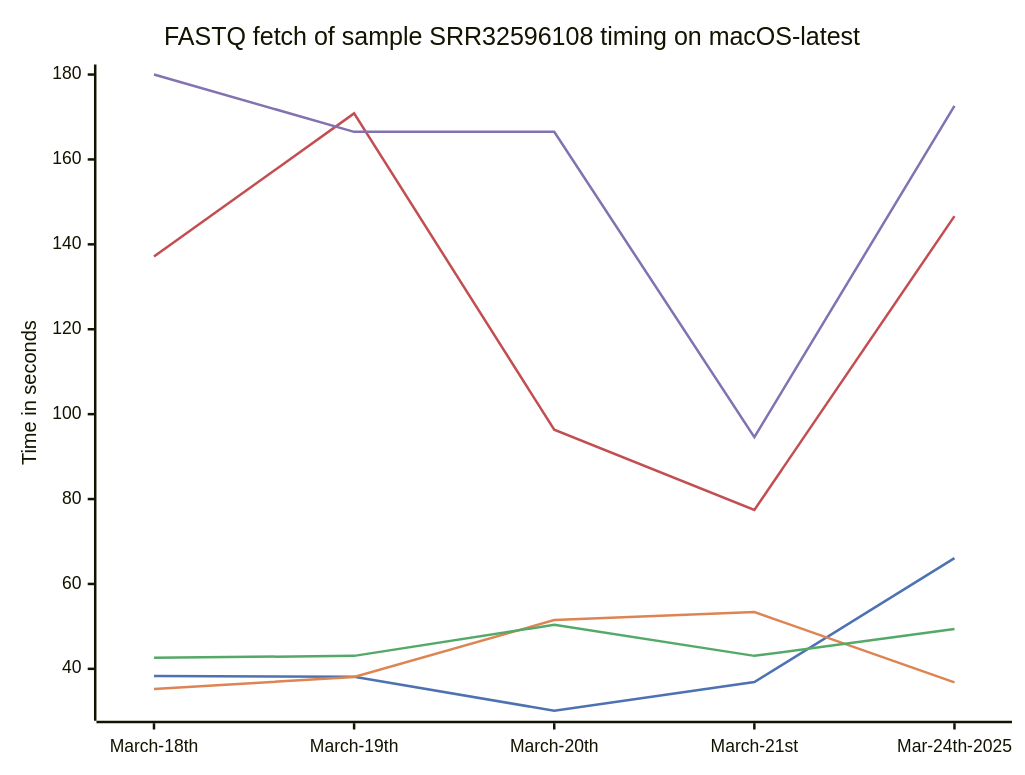
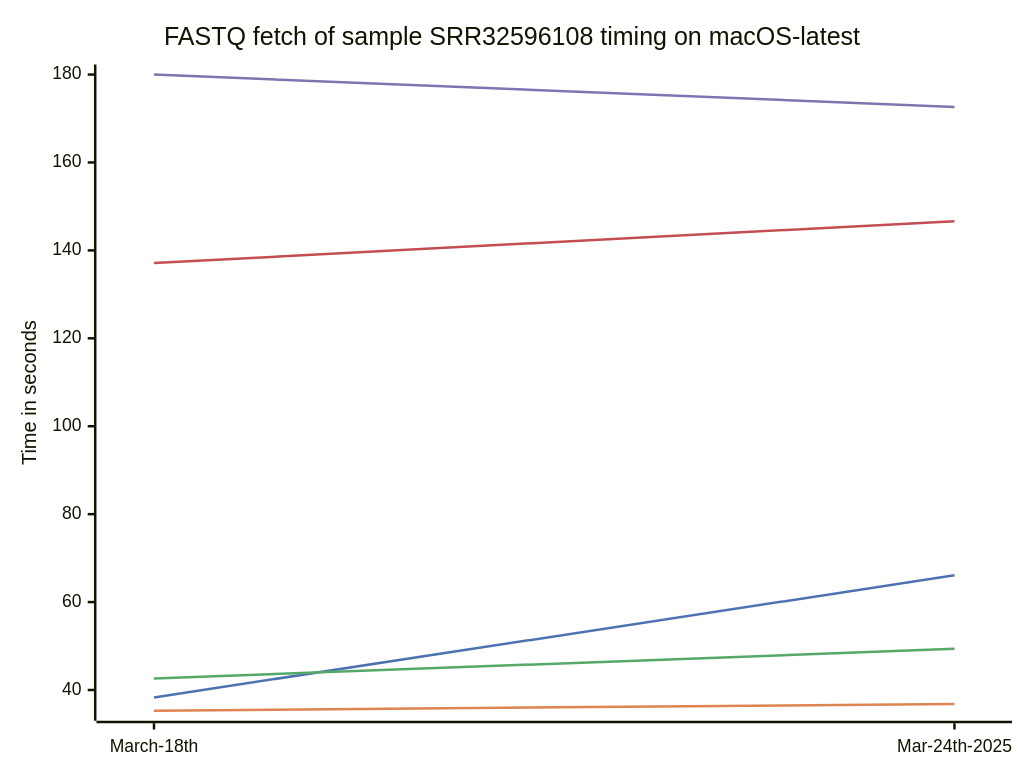
Before and after one commit to biermanr/Download_SRA_FASTQ_Benchmarks: the diagram in README.md, drawn with Mermaid. The commit also changed other lines of this file and 1 other file, not shown here.

Commit message:
feat: Change gha chron monthly, final graph check

````diff
--- a/README.md
+++ b/README.md
@@ -12,20 +12,20 @@
 ```mermaid
 ---
 config:
     xyChart:
         width: 800
         height: 600
     themeVariables:
         xyChart:
             plotColorPalette: "#4d72b1,#dd8452,#54a968,#c34e52,#8272b2"
 ---
 xychart-beta
     title "FASTQ fetch of sample SRR32596108 timing on macOS-latest"
-    x-axis [ March-18th, March-19th, March-20th, March-21st, Mar-24th-2025 ]
+    x-axis [ March-18th, Mar-24th-2025 ]
     y-axis "Time in seconds"
-    line "aria2c_EBI_data" [ 38.31 , 38.14 , 30.13 , 36.88, 66.08 ]
-    line "prefetch_fasterq-dump_data" [ 35.28, 38.07, 51.50, 53.38, 36.82 ]
-    line "aws_fasterq-dump_data" [ 42.61, 43.06, 50.37, 43.06, 49.37 ]
-    line "fasterq-dump_only_data" [ 137.12, 170.85, 96.33, 77.43, 146.65 ]
-    line "fastq-dump_only_data" [ 180.01 , 166.50 , 166.53 , 94.58, 172.61 ]
+    line "aria2c_EBI_data" [ 38.31, 66.08 ]
+    line "prefetch_fasterq-dump_data" [ 35.28, 36.82 ]
+    line "aws_fasterq-dump_data" [ 42.61, 49.37 ]
+    line "fasterq-dump_only_data" [ 137.12, 146.65 ]
+    line "fastq-dump_only_data" [ 180.01, 172.61 ]
  ```
````
